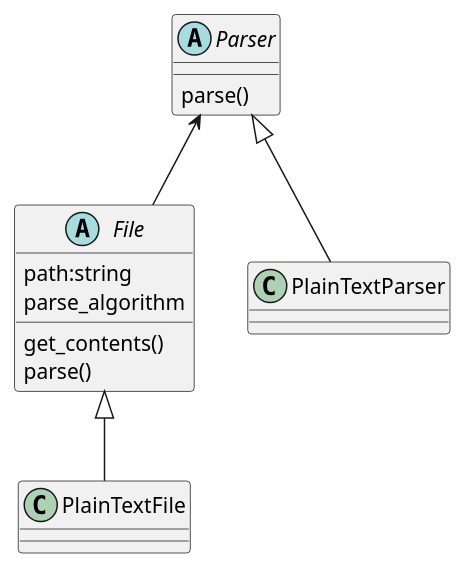
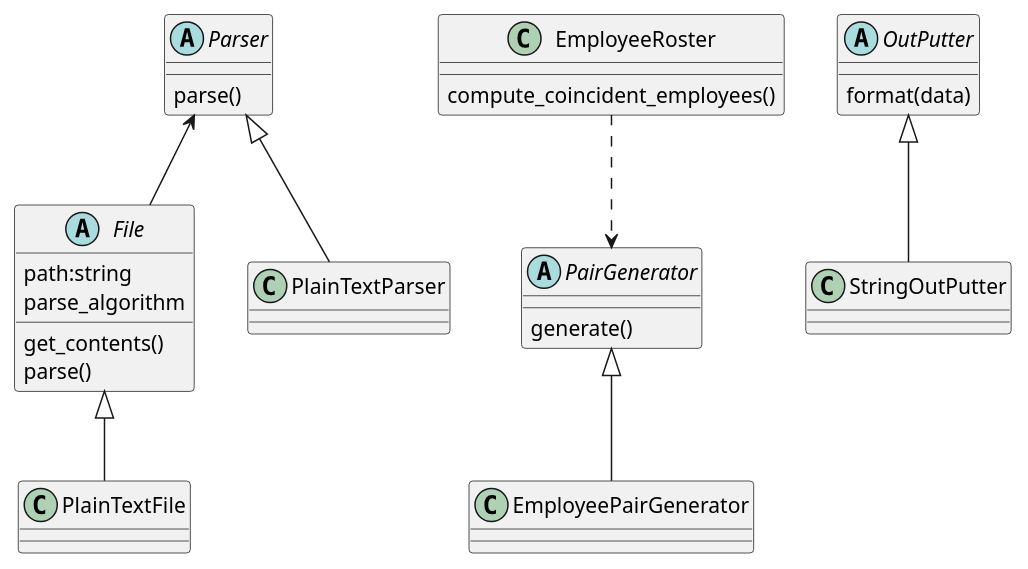
One commit to Mikkel-14/IntvExercise changed the diagram in AppDesign.puml. Above: the diagram before and after it, drawn with PlantUML.

Commit message:
Update: App design diagram
Added new classes and abstractions needed for the Employee  coincidence visualization feature

```diff
--- a/AppDesign.puml
+++ b/AppDesign.puml
@@ -1,22 +1,40 @@
 @startuml
 
 abstract class File{
  path:string
  parse_algorithm
  get_contents()
  parse()
 }
 
 abstract class Parser{
 parse()
 }
 
+class EmployeeRoster{
+compute_coincident_employees()
+}
+
+abstract class OutPutter{
+format(data)
+}
+
+class StringOutPutter{}
+
 class PlainTextFile
 class PlainTextParser
+
+abstract class PairGenerator{
+generate()
+}
+
+class EmployeePairGenerator
 
 Parser <-- File
 File <|-- PlainTextFile
 Parser <|-- PlainTextParser
-
+OutPutter <|-- StringOutPutter
+EmployeeRoster ..> PairGenerator
+PairGenerator <|-- EmployeePairGenerator
 
 @enduml
```
